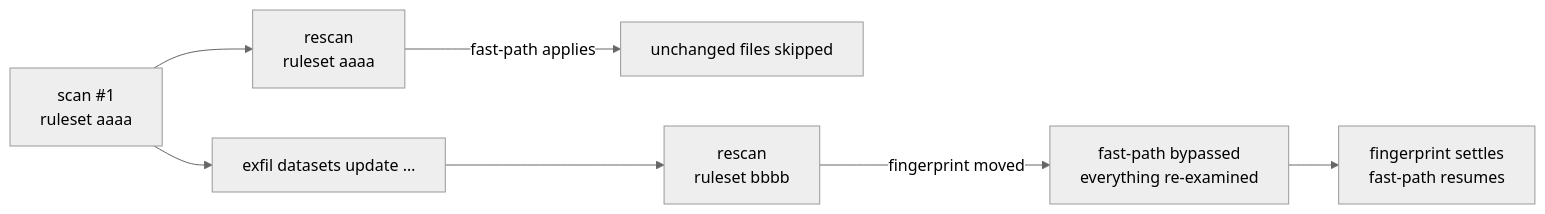
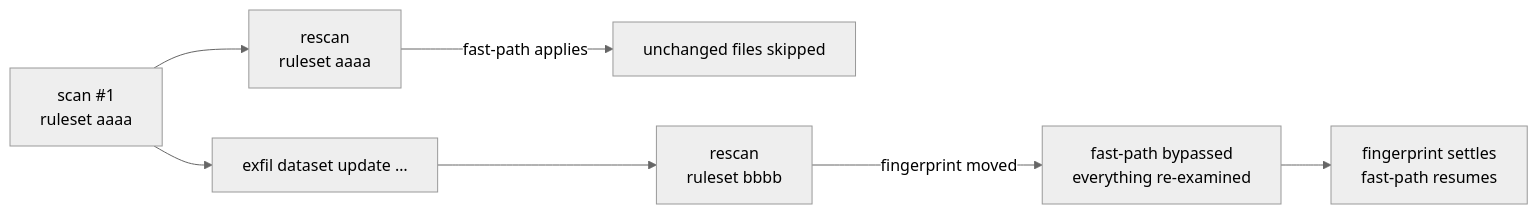
Before and after one commit to rangertaha/exfil: the second of 2 diagrams in docs/src/architecture/ranking.md, drawn with Mermaid (neutral theme). The commit also changed 8 other files, not shown here.

````diff
--- a/docs/src/architecture/ranking.md
+++ b/docs/src/architecture/ranking.md
@@ -247,9 +247,9 @@
 ```mermaid
 flowchart LR
     A["scan #1<br/>ruleset aaaa"] --> B["rescan<br/>ruleset aaaa"]
     B -->|fast-path applies| C["unchanged files skipped"]
-    A --> D["exfil datasets update …"]
+    A --> D["exfil dataset update …"]
     D --> E["rescan<br/>ruleset bbbb"]
     E -->|fingerprint moved| F["fast-path bypassed<br/>everything re-examined"]
     F --> G["fingerprint settles<br/>fast-path resumes"]
 ```
````
